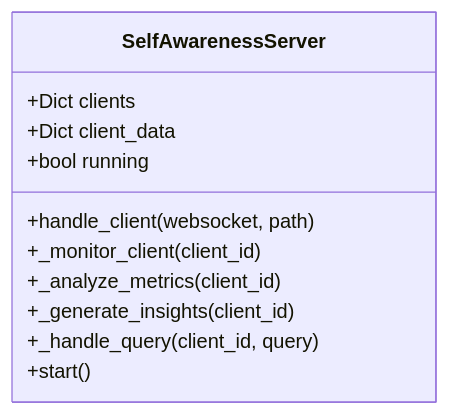
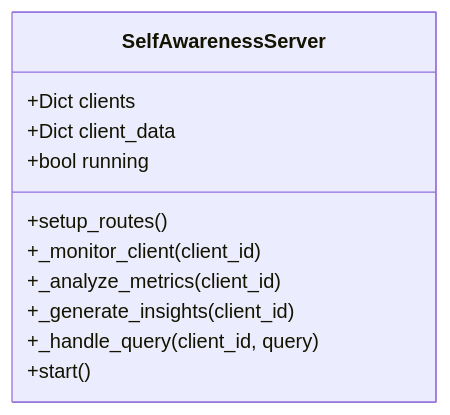
One commit to amuzetnoM/research changed the third of 4 diagrams in head_1/frameworks/self_awareness/README.md. Above: the diagram before and after it, drawn with Mermaid. The commit also changed other lines of this file and 26 other files, not shown here.

````diff
--- a/head_1/frameworks/self_awareness/README.md
+++ b/head_1/frameworks/self_awareness/README.md
@@ -211,14 +203,14 @@
 ```mermaid
 classDiagram
     class SelfAwarenessServer {
         +Dict clients
         +Dict client_data
         +bool running
-        +handle_client(websocket, path)
+        +setup_routes()
         +_monitor_client(client_id)
         +_analyze_metrics(client_id)
         +_generate_insights(client_id)
         +_handle_query(client_id, query)
         +start()
     }
 ```
````
